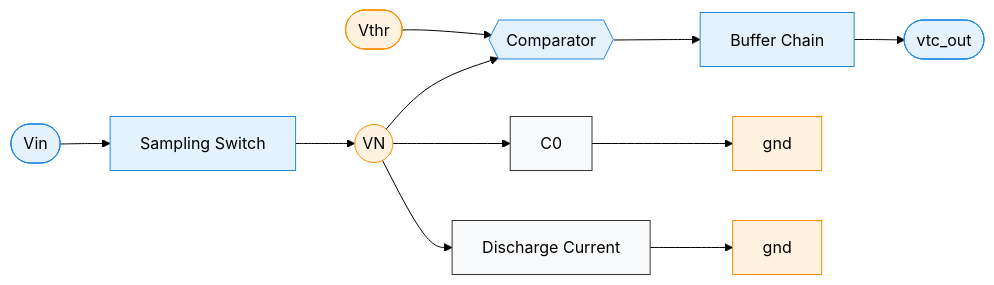
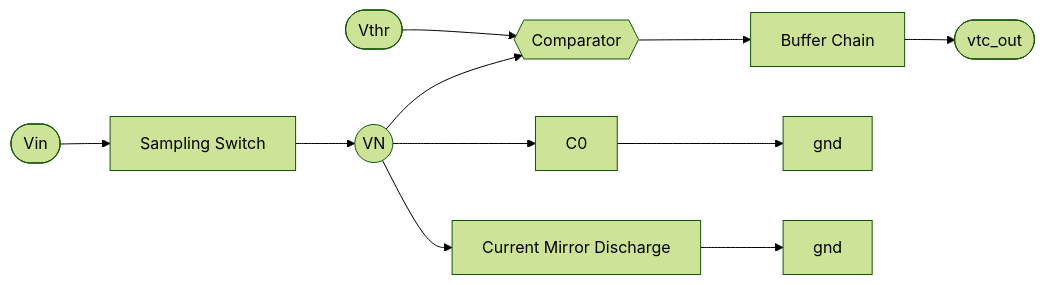
Before and after one commit to ilonamnnch/tbADC_doc: the diagram in docs/vtc.md, drawn with Mermaid (forest theme). The commit also changed other lines of this file and 59 other files, not shown here.

```diff
--- a/docs/vtc.md
+++ b/docs/vtc.md
@@ -11,30 +17,16 @@
 <div class="mermaid">
 flowchart LR
-
-    %% ===== MAIN PATH =====
     Vin([Vin]) --> SW[Sampling Switch]
     SW --> CAP((VN))
     CAP --> COMP{{Comparator}}
     COMP --> BUF[Buffer Chain]
     BUF --> OUT([vtc_out])
 
-    %% ===== ANALOG PART =====
     CAP --> C0[C0]
     C0 --> GND1[gnd]
 
-    CAP --> DIS[Discharge Current]
+    CAP --> DIS[Current Mirror Discharge]
     DIS --> GND2[gnd]
 
-    %% ===== THRESHOLD =====
     Thr([Vthr]) --> COMP
-
-    %% ===== STYLE =====
-    classDef analog fill:#f8f9fa,stroke:#333,stroke-width:1px;
-    classDef digital fill:#e3f2fd,stroke:#1e88e5,stroke-width:1px;
-    classDef node fill:#fff3e0,stroke:#fb8c00,stroke-width:1px;
-
-    class Vin,OUT digital;
-    class SW,COMP,BUF digital;
-    class CAP node;
-    class C0,DIS analog;
 </div>
```
